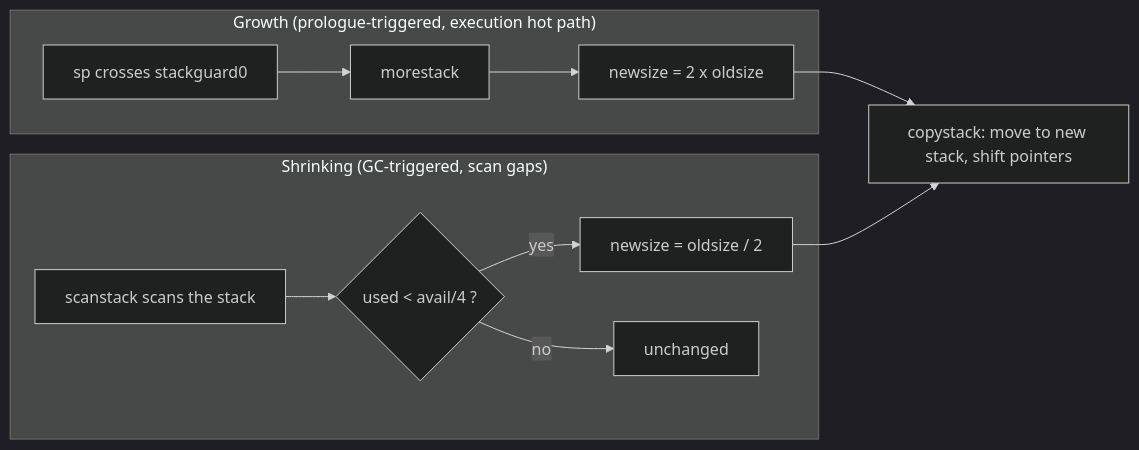
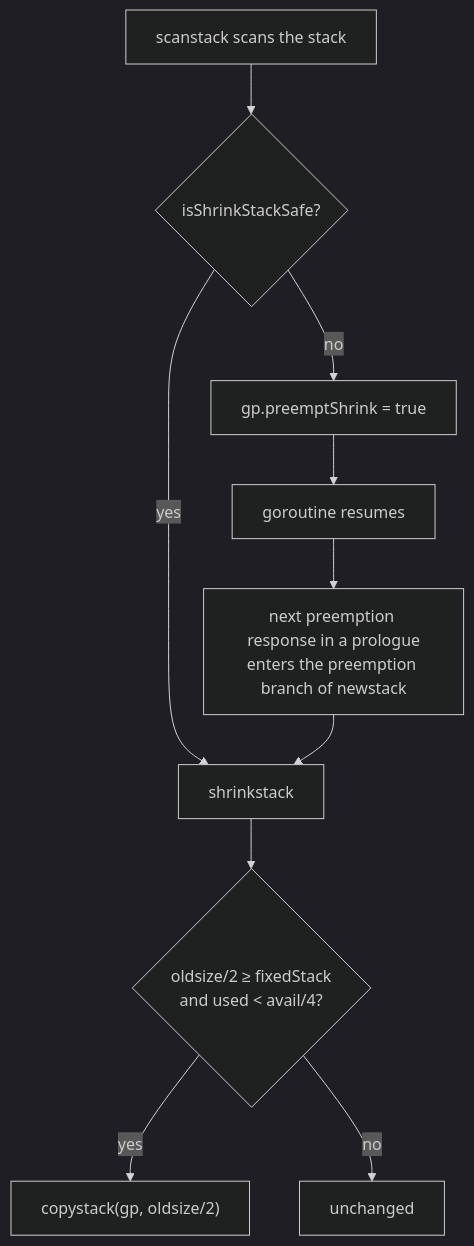
One commit to golang-design/under-the-hood changed the diagram in book/en-us/part4memory/ch14stack/shrink.md. Above: the diagram before and after it, drawn with Mermaid (dark theme). The commit also changed other lines of this file and 30 other files, not shown here.

````diff
--- a/book/en-us/part4memory/ch14stack/shrink.md
+++ b/book/en-us/part4memory/ch14stack/shrink.md
@@ -127,13 +128,12 @@
 ```mermaid
-flowchart LR
-    subgraph 增长["Growth (prologue-triggered, execution hot path)"]
-        A["sp crosses stackguard0"] --> B["morestack"] --> C["newsize = 2 x oldsize"]
-    end
-    subgraph 收缩["Shrinking (GC-triggered, scan gaps)"]
-        D["scanstack scans the stack"] --> E{"used < avail/4 ?"}
-        E -- yes --> F["newsize = oldsize / 2"]
-        E -- no --> G["unchanged"]
-    end
-    C --> H["copystack: move to new stack, shift pointers"]
-    F --> H
+flowchart TD
+    A["scanstack scans the stack"] --> B{"isShrinkStackSafe?"}
+    B -->|"yes"| C["shrinkstack"]
+    B -->|"no"| D["gp.preemptShrink = true"]
+    D --> E["goroutine resumes"]
+    E --> F["next preemption response in a prologue<br/>enters the preemption branch of newstack"]
+    F --> C
+    C --> G{"oldsize/2 ≥ fixedStack<br/>and used < avail/4?"}
+    G -->|"yes"| H["copystack(gp, oldsize/2)"]
+    G -->|"no"| I["unchanged"]
 ```
````
